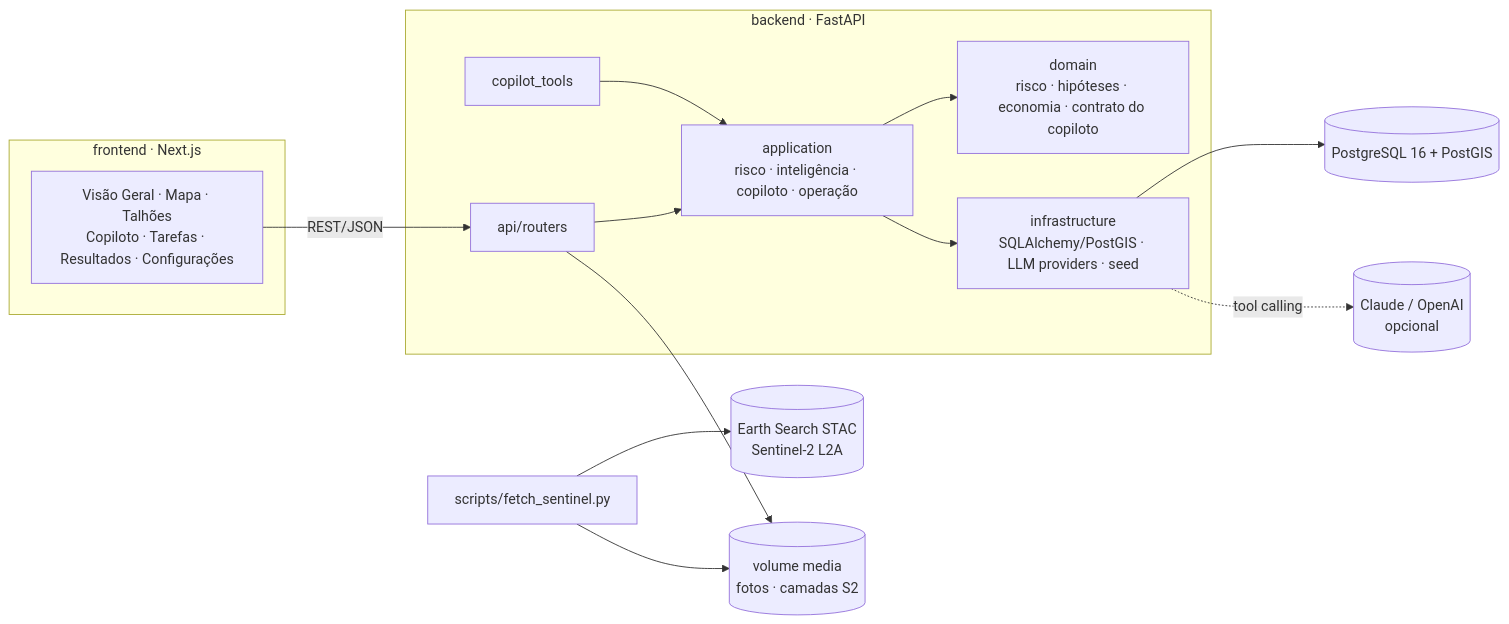
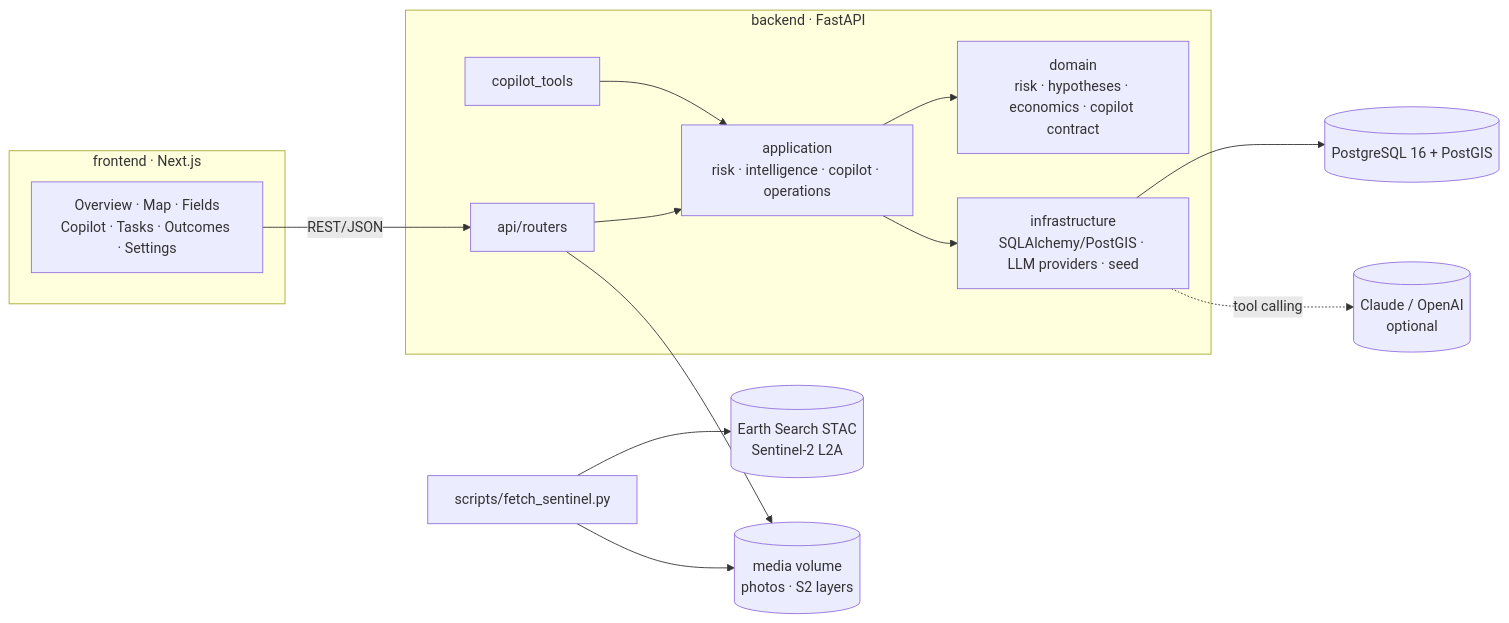
One commit to iamluanem/agroCopilot changed the diagram in README.md. Above: the diagram before and after it, drawn with Mermaid. The commit also changed other lines of this file and 88 other files, not shown here.

````diff
--- a/README.md
+++ b/README.md
@@ -75,22 +79,22 @@
 ```mermaid
 flowchart LR
   subgraph web["frontend · Next.js"]
-    UI[Visão Geral · Mapa · Talhões<br/>Copiloto · Tarefas · Resultados · Configurações]
+    UI[Overview · Map · Fields<br/>Copilot · Tasks · Outcomes · Settings]
   end
   subgraph api["backend · FastAPI"]
-    R[api/routers] --> A[application<br/>risco · inteligência · copiloto · operação]
-    A --> D[domain<br/>risco · hipóteses · economia · contrato do copiloto]
+    R[api/routers] --> A[application<br/>risk · intelligence · copilot · operations]
+    A --> D[domain<br/>risk · hypotheses · economics · copilot contract]
     A --> I[infrastructure<br/>SQLAlchemy/PostGIS · LLM providers · seed]
     T[copilot_tools] --> A
   end
-  LLM[(Claude / OpenAI<br/>opcional)]
+  LLM[(Claude / OpenAI<br/>optional)]
   S2[(Earth Search STAC<br/>Sentinel-2 L2A)]
   DB[(PostgreSQL 16 + PostGIS)]
-  M[(volume media<br/>fotos · camadas S2)]
+  M[(media volume<br/>photos · S2 layers)]
   UI -->|REST/JSON| R
   I --> DB
   I -.tool calling.-> LLM
   SC[scripts/fetch_sentinel.py] --> S2
   SC --> M
   R --> M
 ```
````
